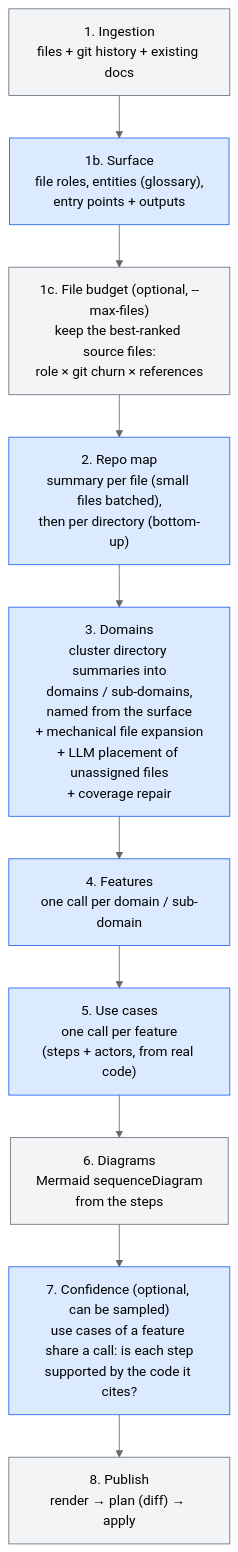
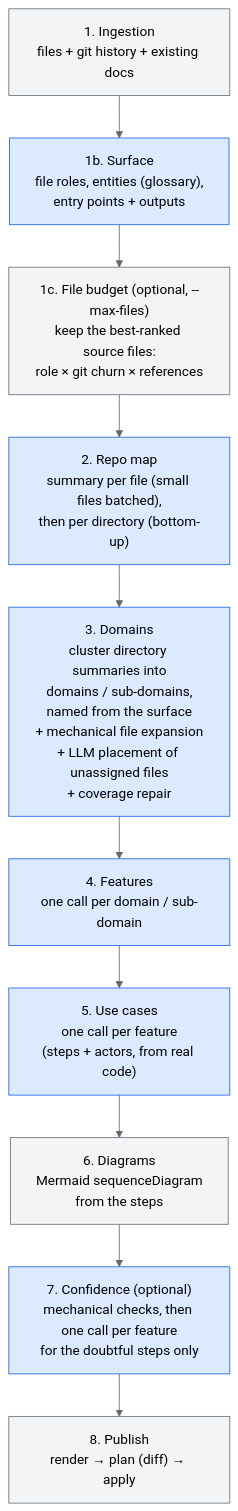
One commit to Electron-libre/RetroDoc changed the fourth of 9 diagrams in docs/ARCHITECTURE.md. Above: the diagram before and after it, drawn with Mermaid (neutral theme). The commit also changed other lines of this file and 6 other files, not shown here.

First line of the commit message:
docs: record the mechanical confidence checks and close their issue

````diff
--- a/docs/ARCHITECTURE.md
+++ b/docs/ARCHITECTURE.md
@@ -101,18 +101,18 @@
 ```mermaid
 flowchart TD
     A["1. Ingestion<br/>files + git history + existing docs"]:::det
     S["1b. Surface<br/>file roles, entities (glossary),<br/>entry points + outputs"]:::llm
     K["1c. File budget (optional, --max-files)<br/>keep the best-ranked source files:<br/>role × git churn × references"]:::det
     B["2. Repo map<br/>summary per file (small files batched),<br/>then per directory (bottom-up)"]:::llm
     C["3. Domains<br/>cluster directory summaries into<br/>domains / sub-domains,<br/>named from the surface<br/>+ mechanical file expansion<br/>+ LLM placement of unassigned files<br/>+ coverage repair"]:::llm
     D["4. Features<br/>one call per domain / sub-domain"]:::llm
     E["5. Use cases<br/>one call per feature<br/>(steps + actors, from real code)"]:::llm
     F["6. Diagrams<br/>Mermaid sequenceDiagram<br/>from the steps"]:::det
-    G["7. Confidence (optional, can be sampled)<br/>use cases of a feature share a call: is each step<br/>supported by the code it cites?"]:::llm
+    G["7. Confidence (optional)<br/>mechanical checks, then one call per feature<br/>for the doubtful steps only"]:::llm
     H["8. Publish<br/>render → plan (diff) → apply"]:::det
 
     A --> S --> K --> B --> C --> D --> E --> F --> G --> H
 
     classDef llm fill:#dbeafe,stroke:#2563eb,color:#000
     classDef det fill:#f3f4f6,stroke:#6b7280,color:#000
 ```
````
